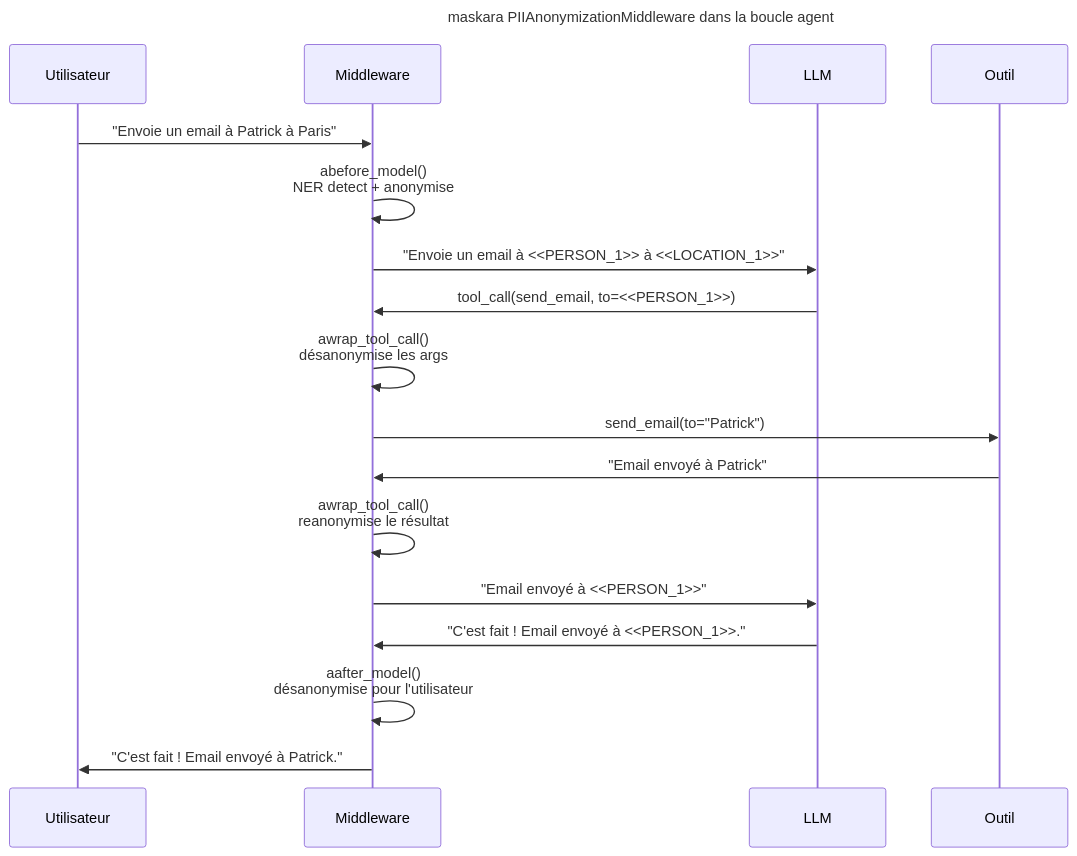
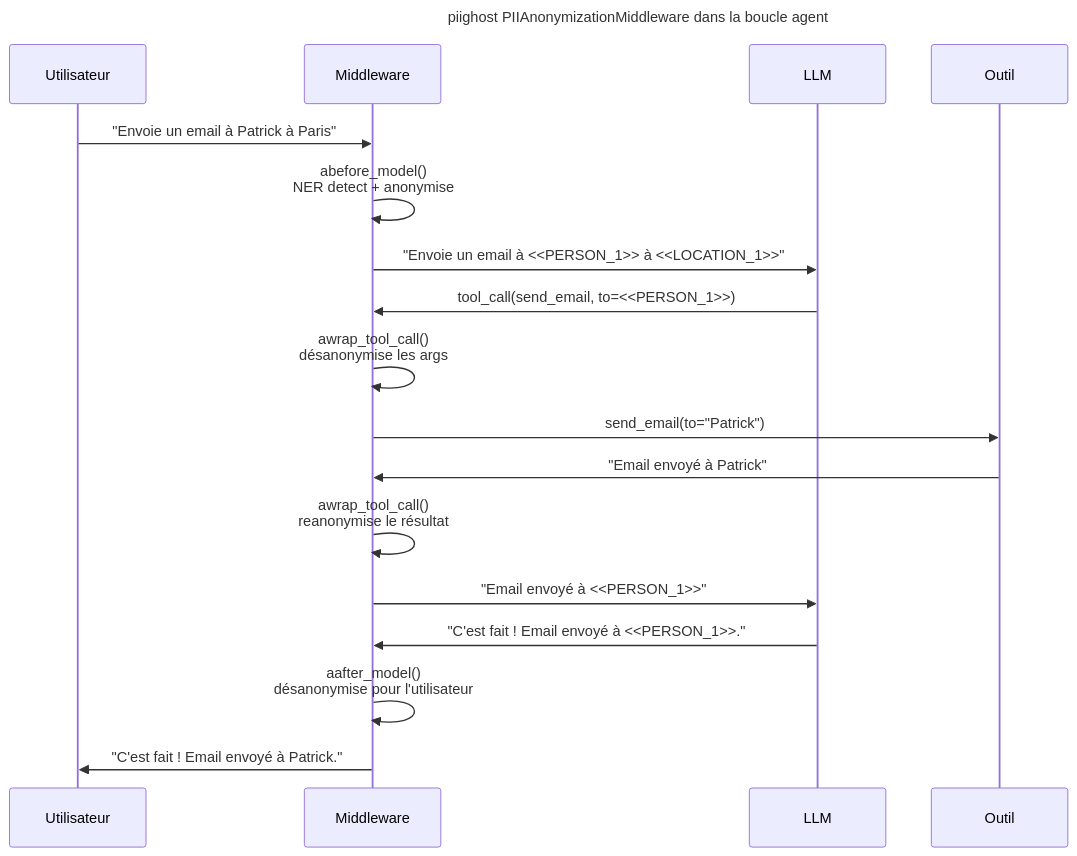
One commit to Athroniaeth/piighost changed the second of 2 diagrams in docs/fr/architecture.md. Above: the diagram before and after it, drawn with Mermaid. The commit also changed other lines of this file and 51 other files, not shown here.

Commit message:
refactor: rename project from maskara to piighost

````diff
--- a/docs/fr/architecture.md
+++ b/docs/fr/architecture.md
@@ -117,23 +117,23 @@
 ```mermaid
 ---
-title: "maskara PIIAnonymizationMiddleware dans la boucle agent"
+title: "piighost PIIAnonymizationMiddleware dans la boucle agent"
 ---
 sequenceDiagram
     participant U as Utilisateur
     participant M as Middleware
     participant L as LLM
     participant T as Outil
 
     U->>M: "Envoie un email à Patrick à Paris"
     M->>M: abefore_model()<br/>NER detect + anonymise
     M->>L: "Envoie un email à <<PERSON_1>> à <<LOCATION_1>>"
     L->>M: tool_call(send_email, to=<<PERSON_1>>)
     M->>M: awrap_tool_call()<br/>désanonymise les args
     M->>T: send_email(to="Patrick")
     T->>M: "Email envoyé à Patrick"
     M->>M: awrap_tool_call()<br/>reanonymise le résultat
     M->>L: "Email envoyé à <<PERSON_1>>"
     L->>M: "C'est fait ! Email envoyé à <<PERSON_1>>."
     M->>M: aafter_model()<br/>désanonymise pour l'utilisateur
     M->>U: "C'est fait ! Email envoyé à Patrick."
 ```
````
